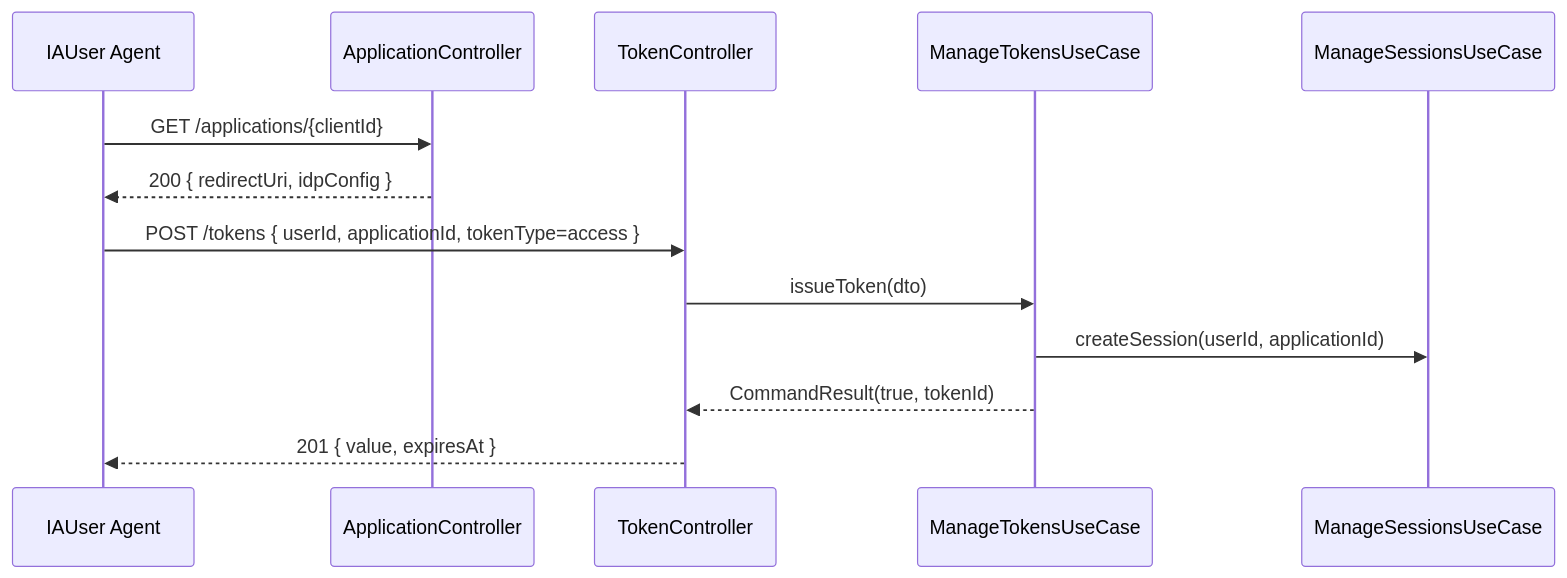
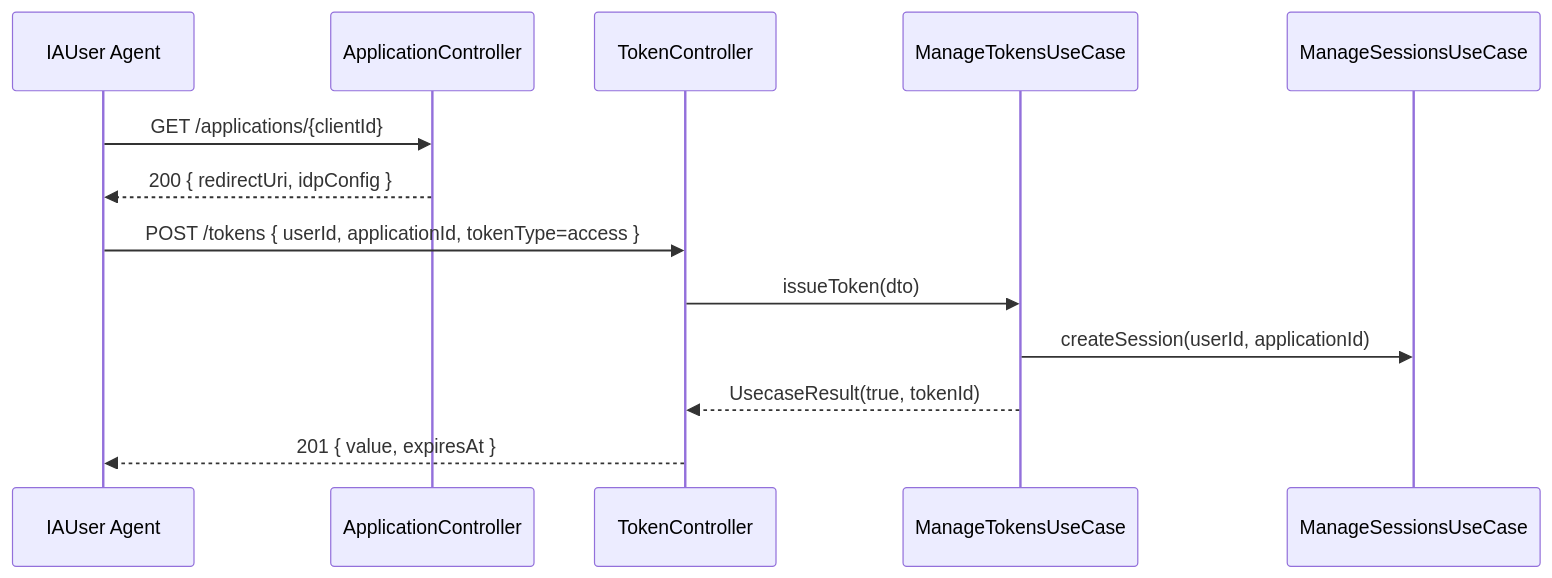
Before and after one commit to UIMSolutions/uim-platform: the third of 3 diagrams in identity-authentication/UML.md, drawn with Mermaid. The commit also changed 907 other files, not shown here.

Commit message:
Rename CommandResult

````diff
--- a/identity-authentication/UML.md
+++ b/identity-authentication/UML.md
@@ -140,17 +140,17 @@
 ```mermaid
 sequenceDiagram
     participant UA as IAUser Agent
     participant AC as ApplicationController
     participant TC as TokenController
     participant TUC as ManageTokensUseCase
     participant SUC as ManageSessionsUseCase
 
     UA->>AC: GET /applications/{clientId}
     AC-->>UA: 200 { redirectUri, idpConfig }
 
     UA->>TC: POST /tokens { userId, applicationId, tokenType=access }
     TC->>TUC: issueToken(dto)
     TUC->>SUC: createSession(userId, applicationId)
-    TUC-->>TC: CommandResult(true, tokenId)
+    TUC-->>TC: UsecaseResult(true, tokenId)
     TC-->>UA: 201 { value, expiresAt }
 ```
````
